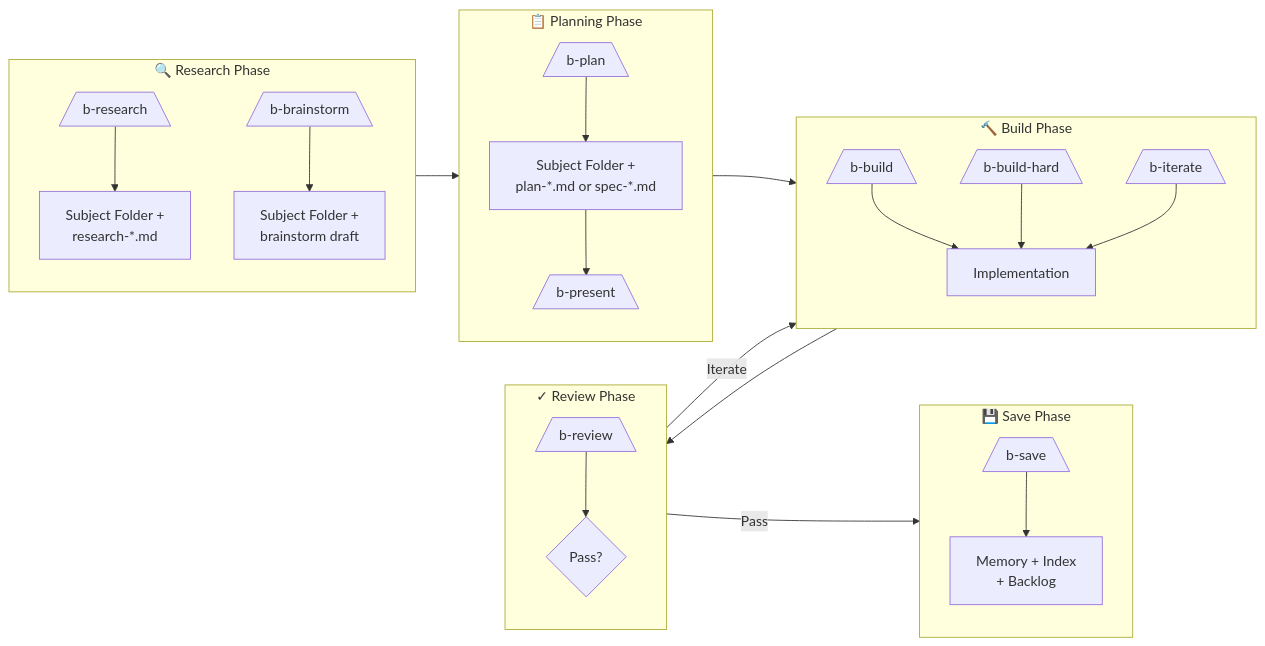
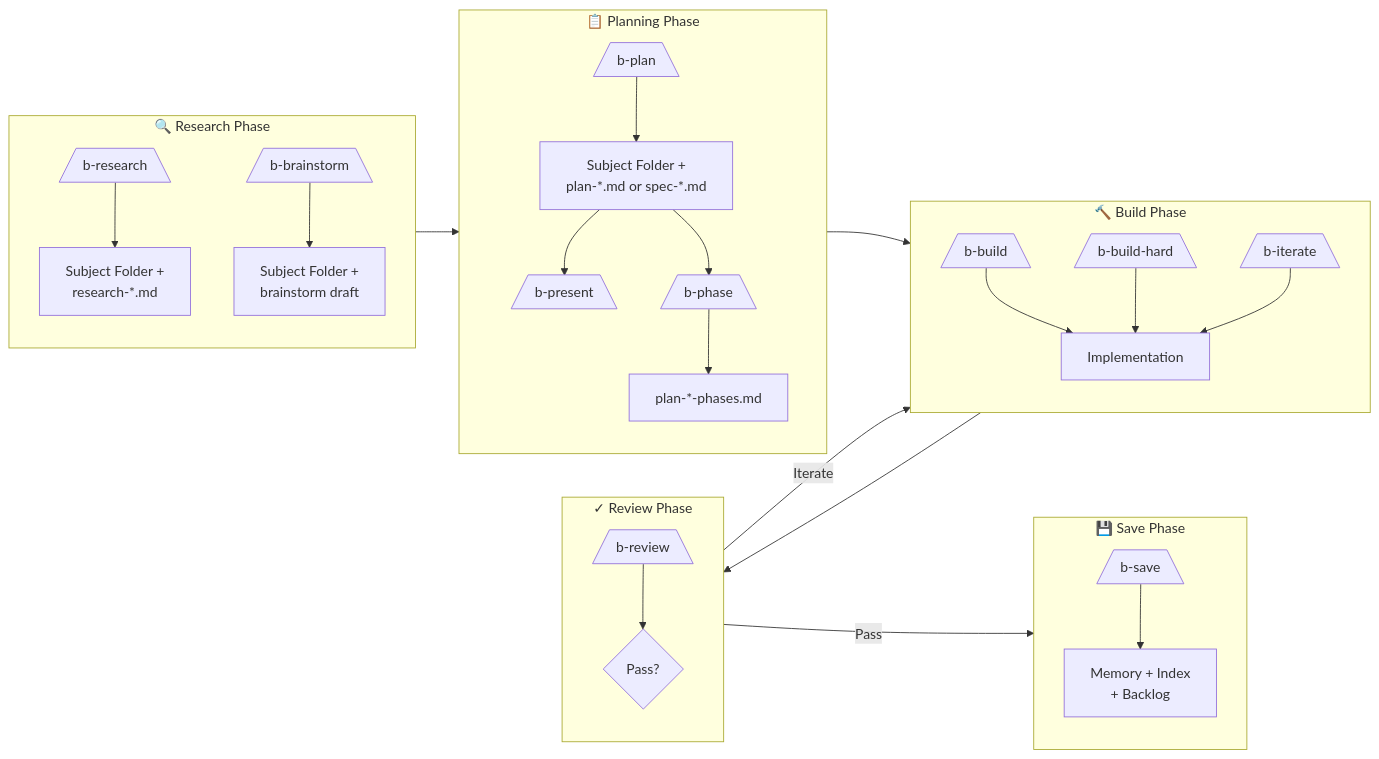
One commit to evilbuck/buck-workflow-pi changed the second of 3 diagrams in docs/buck-workflow.md. Above: the diagram before and after it, drawn with Mermaid. The commit also changed other lines of this file and 15 other files, not shown here.

````diff
--- a/docs/buck-workflow.md
+++ b/docs/buck-workflow.md
@@ -115,32 +127,34 @@
 ```mermaid
 flowchart LR
     subgraph Research["🔍 Research Phase"]
         R1[/b-research\] --> R2[Subject Folder +<br/>research-*.md]
         R3[/b-brainstorm\] --> R4[Subject Folder +<br/>brainstorm draft]
     end
     
     subgraph Planning["📋 Planning Phase"]
         P1[/b-plan\] --> P2[Subject Folder +<br/>plan-*.md or spec-*.md]
         P2 --> P3[/b-present\]
+        P2 --> P4[/b-phase\]
+        P4 --> P5[plan-*-phases.md]
     end
     
     subgraph Build["🔨 Build Phase"]
         B1[/b-build\] --> B2[Implementation]
         B3[/b-build-hard\] --> B2
         B4[/b-iterate\] --> B2
     end
     
     subgraph Review["✓ Review Phase"]
         V1[/b-review\] --> V2{Pass?}
     end
     
     subgraph Save["💾 Save Phase"]
         S1[/b-save\] --> S2[Memory + Index<br/>+ Backlog]
     end
     
     Research --> Planning
     Planning --> Build
     Build --> Review
     Review -->|Pass| Save
     Review -->|Iterate| Build
 ```
````
